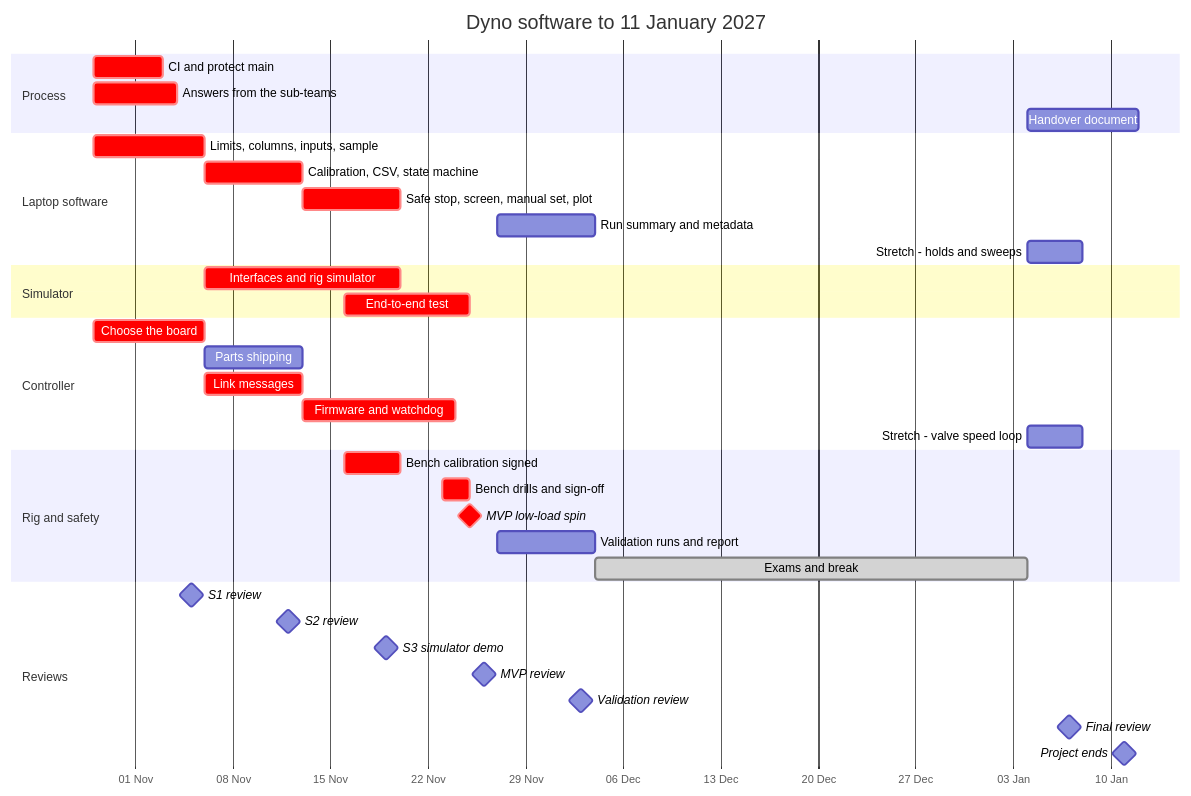
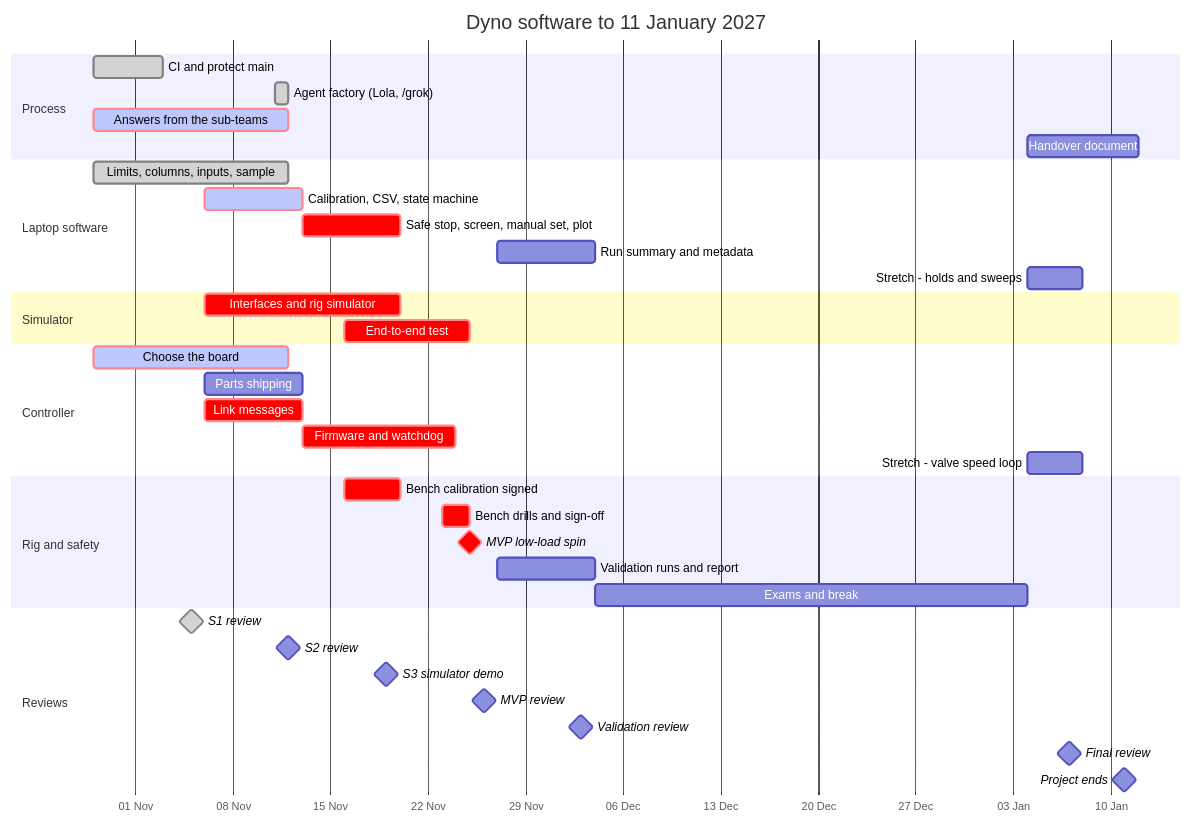
One commit to UBCO-Motorsports/Dyno-Project changed the first of 2 diagrams in docs/delivery-plan.md. Above: the diagram before and after it, drawn with Mermaid. The commit also changed other lines of this file and 4 other files, not shown here.

First line of the commit message:
docs: refresh architecture and timeline after landed PRs (#70)

````diff
--- a/docs/delivery-plan.md
+++ b/docs/delivery-plan.md
@@ -19,46 +33,47 @@
 ```mermaid
 gantt
     title Dyno software to 11 January 2027
     dateFormat YYYY-MM-DD
     axisFormat %d %b
     todayMarker off
 
     section Process
-    CI and protect main                 :crit, 2026-10-29, 2026-11-03
-    Answers from the sub-teams          :crit, 2026-10-29, 2026-11-04
+    CI and protect main                 :done, 2026-10-29, 2026-11-03
+    Agent factory (Lola, /grok)         :done, 2026-11-11, 2026-11-12
+    Answers from the sub-teams          :crit, active, 2026-10-29, 2026-11-12
     Handover document                   :2027-01-04, 2027-01-12
 
     section Laptop software
-    Limits, columns, inputs, sample     :crit, 2026-10-29, 2026-11-06
-    Calibration, CSV, state machine     :crit, 2026-11-06, 2026-11-13
+    Limits, columns, inputs, sample     :done, 2026-10-29, 2026-11-12
+    Calibration, CSV, state machine     :crit, active, 2026-11-06, 2026-11-13
     Safe stop, screen, manual set, plot :crit, 2026-11-13, 2026-11-20
     Run summary and metadata            :2026-11-27, 2026-12-04
     Stretch - holds and sweeps          :2027-01-04, 2027-01-08
 
     section Simulator
     Interfaces and rig simulator        :crit, 2026-11-06, 2026-11-20
     End-to-end test                     :crit, 2026-11-16, 2026-11-25
 
     section Controller
-    Choose the board                    :crit, 2026-10-29, 2026-11-06
+    Choose the board                    :crit, active, 2026-10-29, 2026-11-12
     Parts shipping                      :2026-11-06, 2026-11-13
     Link messages                       :crit, 2026-11-06, 2026-11-13
     Firmware and watchdog               :crit, 2026-11-13, 2026-11-24
     Stretch - valve speed loop          :2027-01-04, 2027-01-08
 
     section Rig and safety
     Bench calibration signed            :crit, 2026-11-16, 2026-11-20
     Bench drills and sign-off           :crit, 2026-11-23, 2026-11-25
     MVP low-load spin                   :milestone, crit, 2026-11-25, 0d
     Validation runs and report          :2026-11-27, 2026-12-04
-    Exams and break                     :done, 2026-12-04, 2027-01-04
+    Exams and break                     :2026-12-04, 2027-01-04
 
     section Reviews
-    S1 review                           :milestone, 2026-11-05, 0d
+    S1 review                           :milestone, done, 2026-11-05, 0d
     S2 review                           :milestone, 2026-11-12, 0d
     S3 simulator demo                   :milestone, 2026-11-19, 0d
     MVP review                          :milestone, 2026-11-26, 0d
     Validation review                   :milestone, 2026-12-03, 0d
     Final review                        :milestone, 2027-01-07, 0d
     Project ends                        :milestone, 2027-01-11, 0d
 ```
````
